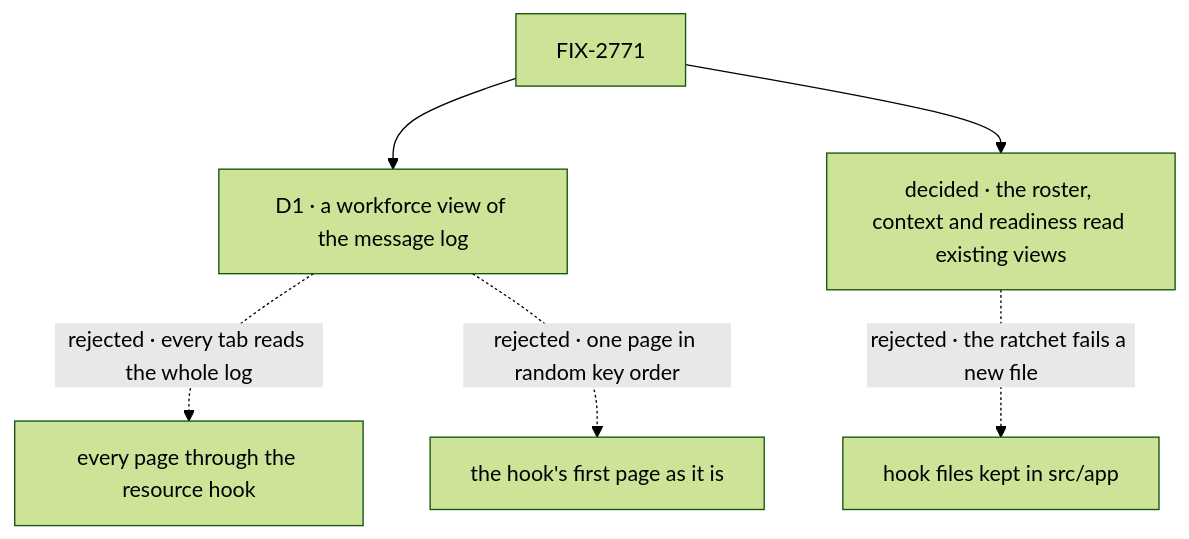
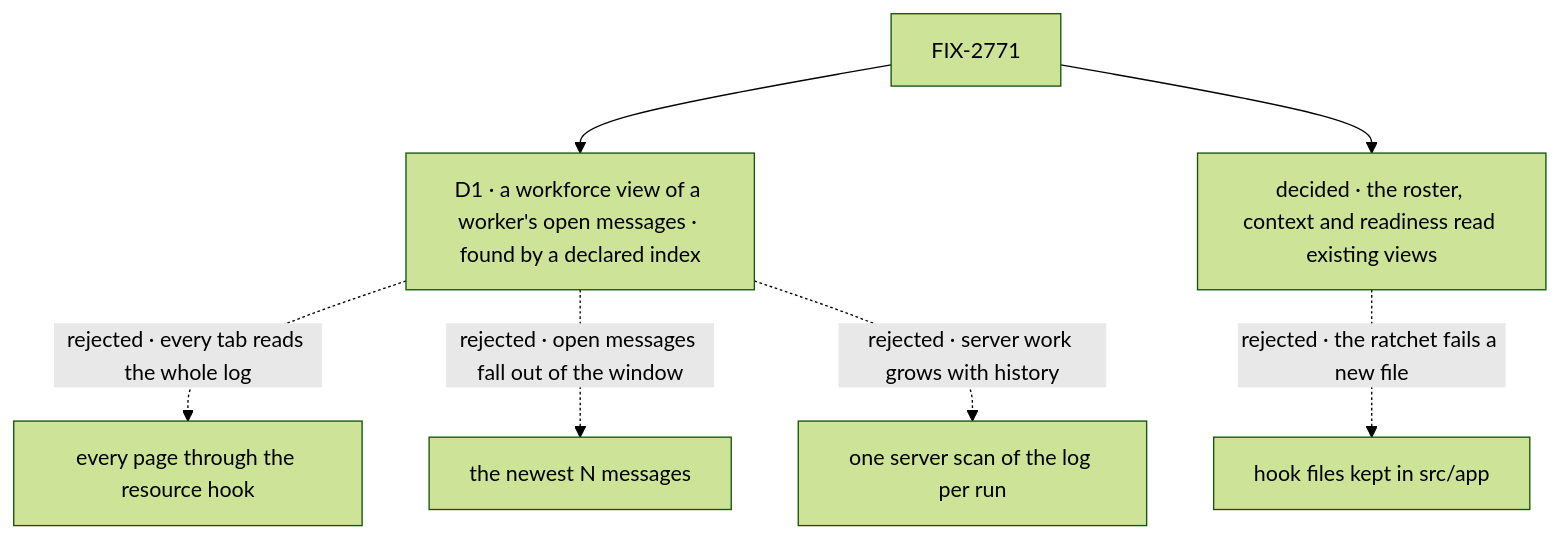
Before and after one commit to fixpoint-labs/flow-state-dev: the diagram in specs/issues/FIX-2771/DECISIONS.md, drawn with Mermaid (forest theme). The commit also changed other lines of this file and 3 other files, not shown here.

First line of the commit message:
spec(FIX-2771): D1 reads declared indexes of open messages

````diff
--- a/specs/issues/FIX-2771/DECISIONS.md
+++ b/specs/issues/FIX-2771/DECISIONS.md
@@ -11,8 +11,9 @@
 ```mermaid
 flowchart TD
-  I["FIX-2771"] --> D1["D1 · a workforce view of the message log"]
+  I["FIX-2771"] --> D1["D1 · a workforce view of a worker's open messages · found by a declared index"]
   D1 -.->|"rejected · every tab reads the whole log"| X1["every page through the resource hook"]
-  D1 -.->|"rejected · one page in random key order"| X2["the hook's first page as it is"]
+  D1 -.->|"rejected · open messages fall out of the window"| X2["the newest N messages"]
+  D1 -.->|"rejected · server work grows with history"| X3["one server scan of the log per run"]
   I --> E["decided · the roster, context and readiness read existing views"]
-  E -.->|"rejected · the ratchet fails a new file"| X3["hook files kept in src/app"]
+  E -.->|"rejected · the ratchet fails a new file"| X4["hook files kept in src/app"]
 ```
````
